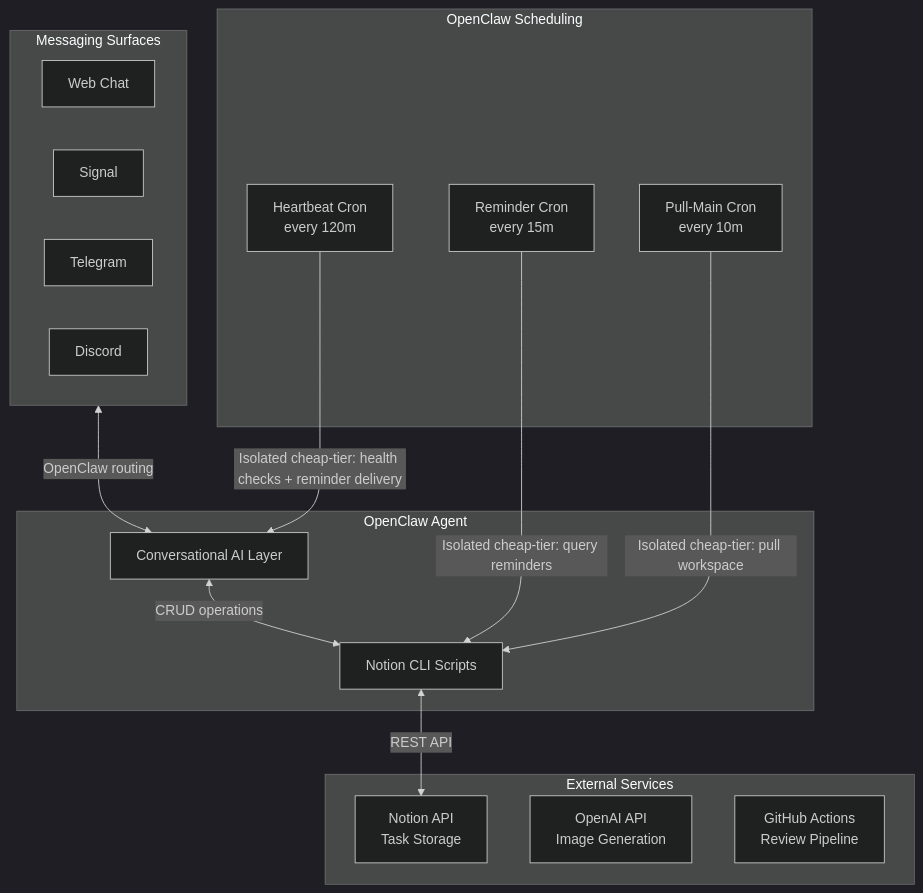
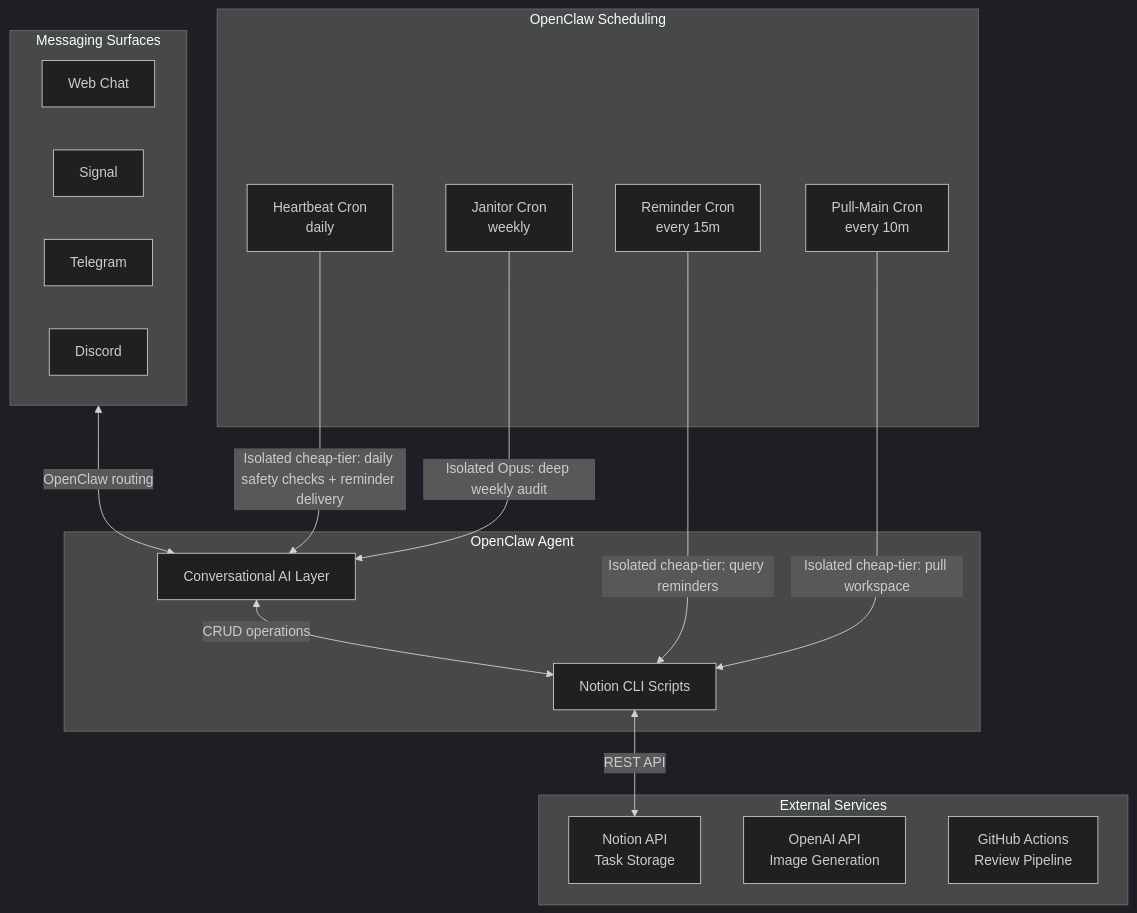
The first of 6 diagrams in docs/architecture.md (NickBorgersProbably/hide-my-list), drawn with Mermaid (dark theme) before and after one commit. The commit also changed other lines of this file and 15 other files, not shown here.

Commit message:
Redesign heartbeat and add weekly janitor cron

````diff
--- a/docs/architecture.md
+++ b/docs/architecture.md
@@ -16,33 +16,35 @@
 ```mermaid
 flowchart TB
     subgraph Agent["OpenClaw Agent"]
         AI[Conversational AI Layer]
         Scripts[Notion CLI Scripts]
     end
 
     subgraph Scheduling["OpenClaw Scheduling"]
-        HeartbeatCron[Heartbeat Cron<br/>every 120m]
+        HeartbeatCron[Heartbeat Cron<br/>daily]
+        JanitorCron[Janitor Cron<br/>weekly]
         ReminderCron[Reminder Cron<br/>every 15m]
         PullMainCron[Pull-Main Cron<br/>every 10m]
     end
 
     subgraph Messaging["Messaging Surfaces"]
         Web[Web Chat]
         Signal[Signal]
         Telegram[Telegram]
         Discord[Discord]
     end
 
     subgraph External["External Services"]
         Notion[Notion API<br/>Task Storage]
         OpenAI[OpenAI API<br/>Image Generation]
         GitHub[GitHub Actions<br/>Review Pipeline]
     end
 
     Messaging <-->|OpenClaw routing| AI
     AI <-->|CRUD operations| Scripts
     Scripts <-->|REST API| Notion
     ReminderCron -->|Isolated cheap-tier: query reminders| Scripts
     PullMainCron -->|Isolated cheap-tier: pull workspace| Scripts
-    HeartbeatCron -->|Isolated cheap-tier: health checks + reminder delivery| AI
+    HeartbeatCron -->|Isolated cheap-tier: daily safety checks + reminder delivery| AI
+    JanitorCron -->|Isolated Opus: deep weekly audit| AI
 ```
````
